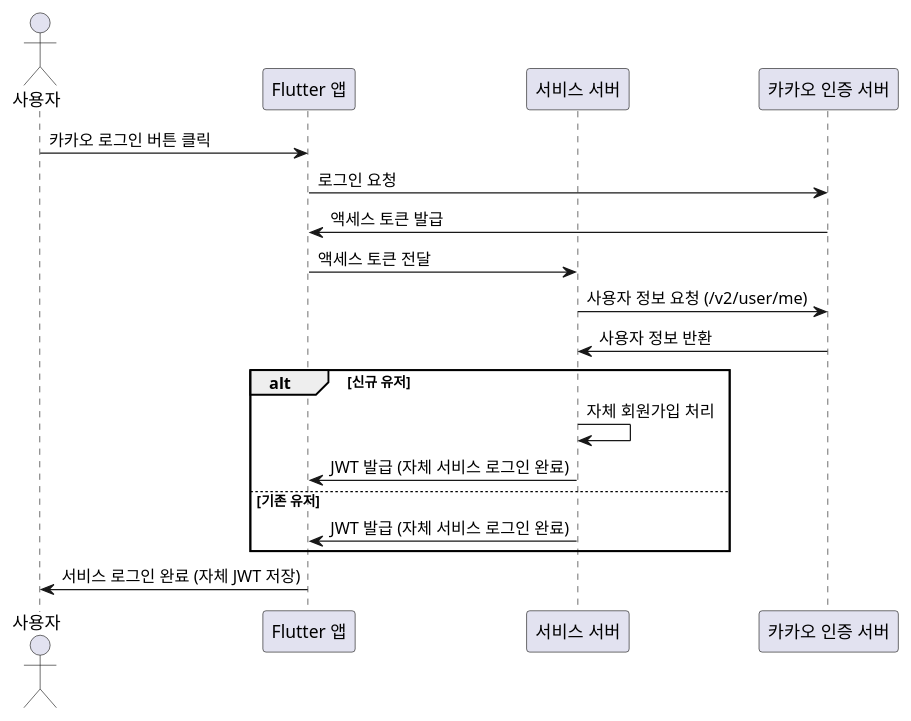
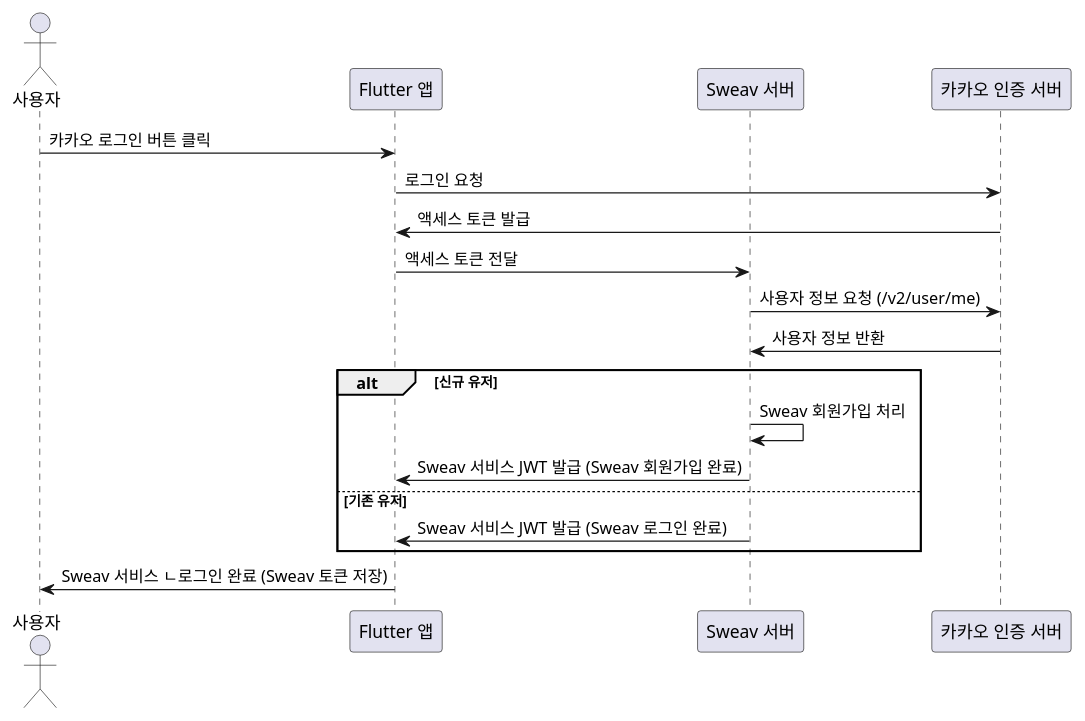
Before and after one commit to sweav-org/sweav-uml: the diagram in sequence/user/login_via_kakao.puml, drawn with PlantUML. The commit also changed 3 other files, not shown here.

Commit message:
소셜 로그인 플로우 수정

```diff
--- a/sequence/user/login_via_kakao.puml
+++ b/sequence/user/login_via_kakao.puml
@@ -1,24 +1,24 @@
 @startuml
 'https://plantuml.com/sequence-diagram
 
 actor 사용자
 participant "Flutter 앱" as Client
-participant "서비스 서버" as Server
+participant "Sweav 서버" as Server
 participant "카카오 인증 서버" as Kakao
 
 사용자 -> Client : 카카오 로그인 버튼 클릭
 Client -> Kakao : 로그인 요청
 Kakao -> Client : 액세스 토큰 발급
 Client -> Server : 액세스 토큰 전달
 Server -> Kakao : 사용자 정보 요청 (/v2/user/me)
 Kakao -> Server : 사용자 정보 반환
 
 alt 신규 유저
-    Server -> Server : 자체 회원가입 처리
-    Server -> Client : JWT 발급 (자체 서비스 로그인 완료)
+    Server -> Server : Sweav 회원가입 처리
+    Server -> Client : Sweav 서비스 JWT 발급 (Sweav 회원가입 완료)
 else 기존 유저
-    Server -> Client : JWT 발급 (자체 서비스 로그인 완료)
+    Server -> Client : Sweav 서비스 JWT 발급 (Sweav 로그인 완료)
 end
 
-Client -> 사용자 : 서비스 로그인 완료 (자체 JWT 저장)
+Client -> 사용자 : Sweav 서비스 ㄴ로그인 완료 (Sweav 토큰 저장)
 @enduml
```
